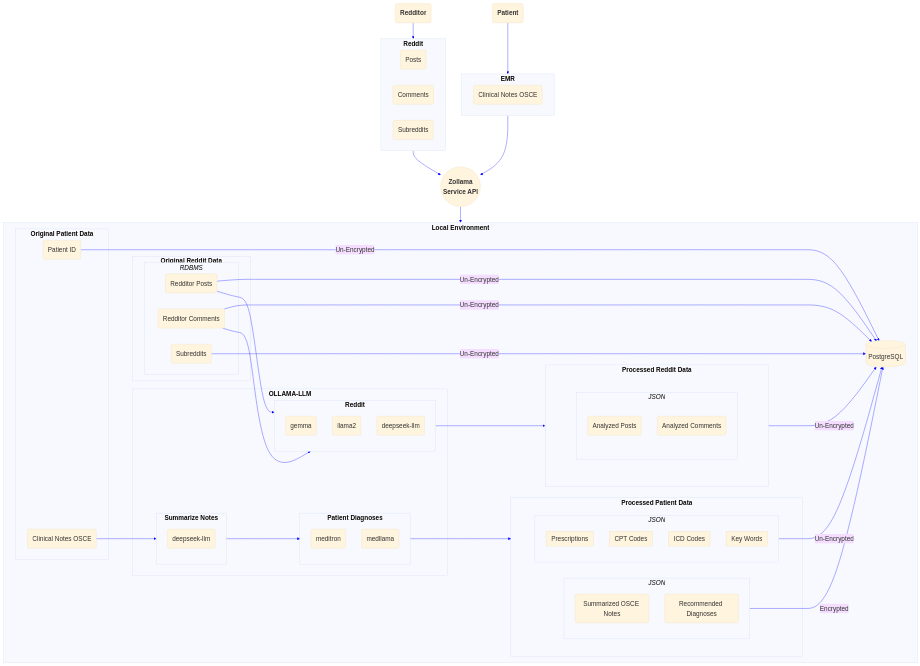
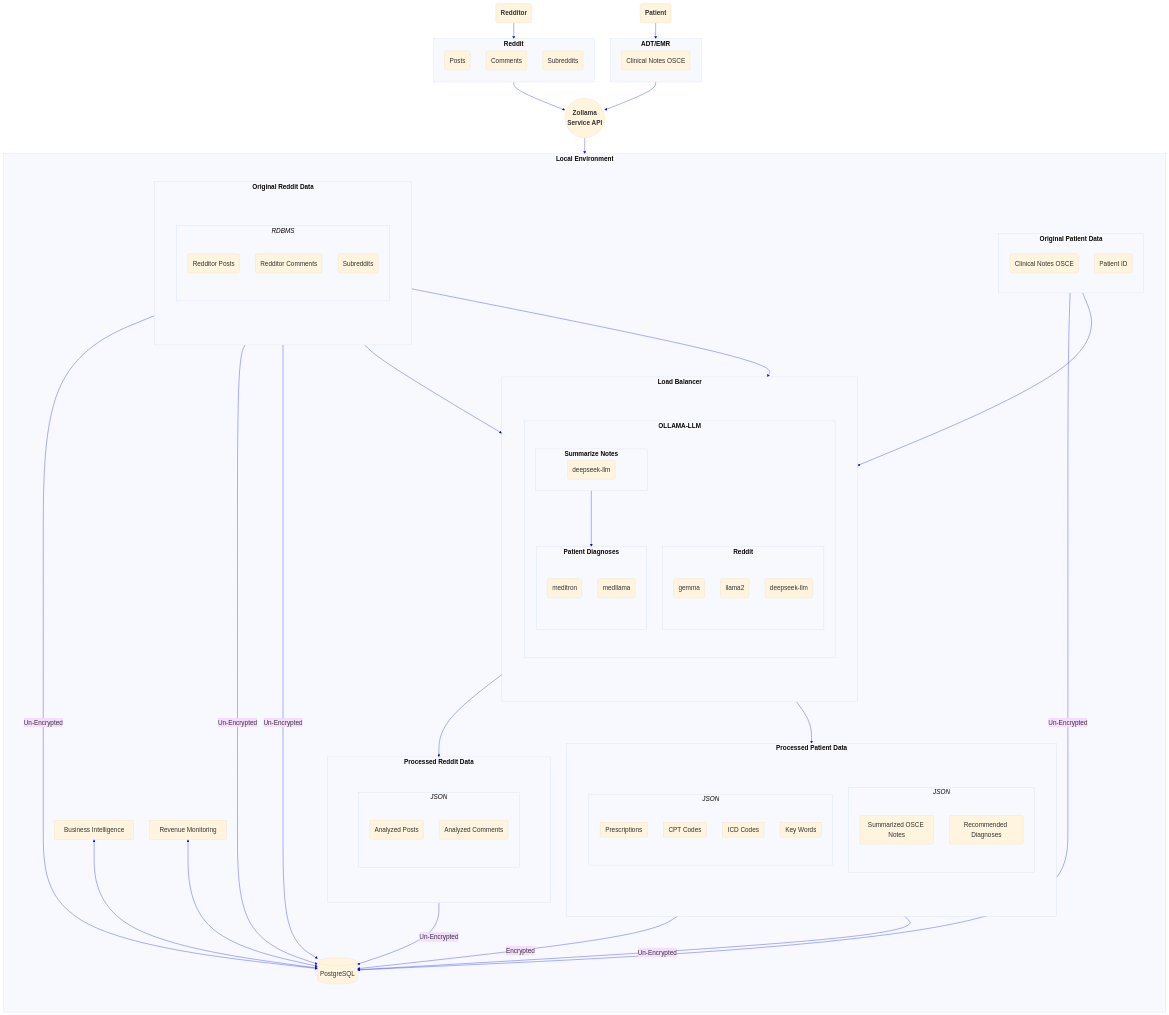
One commit to ovaisq/LLM-MedBillingForecast changed the first of 3 diagrams in README.md. Above: the diagram before and after it, drawn with Mermaid.

Commit message:
Updated README diagram - turning into a platform

````diff
--- a/README.md
+++ b/README.md
@@ -5,5 +5,5 @@
 ```mermaid
-%%{init: {'theme': 'base', 'themeVariables': {'lineColor': 'Blue', 'fontSize':'20px',"fontFamily": "Trebuchet MS, Verdana, Arial, Sans-Serif"}}}%%
+%%{init: {'theme': 'base', "loglevel":1,'themeVariables': {'lineColor': 'Blue', 'fontSize':'20px',"fontFamily": "Trebuchet MS"}}}%%
 flowchart TD
     classDef subgraph_padding fill:none,stroke:none
     Z(("`**Zollama
@@ -16,6 +16,8 @@
     C("`**Patient**`")
     F("`**Redditor**`")
     D[(PostgreSQL)]
+    G["Business Intelligence"]
+    H["Revenue Monitoring"]
     AE(Posts)
     AF(Comments)
     AG(Subreddits)
@@ -26,37 +28,52 @@
     Z --> Local
     F --> Reddit
 
+
 subgraph Local["`**Local Environment**`"]
-
+direction TB
+subgraph subgraph_padding5[ ]
+direction TB
 PatientOllama --> ProcessedPatientData
 RedditOllama --> ProcessedRedditData
 PJSON -- Encrypted --> D
 ProcessedRedditData -- "Un-Encrypted" --> D
-
-RDD --> RedditOllama
-RDE --> RedditOllama
+RDD --> LoadBalancer
+RDE --> LoadBalancer
 RDD --"Un-Encrypted"--> D
 RDE --"Un-Encrypted"--> D
 RDC --"Un-Encrypted"--> D
-OPDA --> Summary
+OPDA --> LoadBalancer
 Summary --> PatientOllama
 OPDB -- "Un-Encrypted" --> D
 PPJSON -- "Un-Encrypted" --> D
+G <--> D
+H <--> D
 
 subgraph OriginalPatientData["`**Original Patient Data**`"]
+direction TB
 OPDA(Clinical Notes OSCE)
 OPDB(Patient ID)
 end
-
 subgraph RedditData["`**Original Reddit Data**`"]
+direction TB
+subgraph subgraph_padding4[ ]
+direction TB
 subgraph RDBMS["`_RDBMS_`"]
+direction TB
     RDD(Redditor Posts)
     RDE(Redditor Comments)
     RDC(Subreddits)
 end
 end
+end
+subgraph LoadBalancer["`**Load Balancer**`"]
+direction TB
+subgraph subgraph_padding3[ ]
+direction TB
 subgraph OLLAMA-LLM["`**OLLAMA-LLM**`"]
+direction TB
 subgraph RedditOllama["`**Reddit**`"]
+direction TB
     A
     AZA
     AZB
@@ -65,45 +82,60 @@
     SA(deepseek-llm)
 end
 subgraph PatientOllama["`**Patient Diagnoses**`"]
+direction TB
     B
     BA
 end
 end
-subgraph ProcessedPatientData["`**Processed Patient Data**`"]
-subgraph subgraph_padding2[ ]
-subgraph PJSON["`_JSON_`"]
-    PDB(Summarized OSCE Notes)
-    PDC(Recommended Diagnoses)
-end
-subgraph PPJSON["`_JSON_`"]
-subgraph DiagnosticKeyWords["Key Words"]
-end
-subgraph ICD["ICD Codes"]
-end
-subgraph CPT["CPT Codes"]
-end
-subgraph PRESCRIPTION["Prescriptions"]
 end
 end
-end
+subgraph ProcessedPatientData["`**Processed Patient Data**`"]
+    direction TB
+    subgraph subgraph_padding2[ ]
+        direction TB
+        subgraph PJSON["`_JSON_`"]
+            direction TB
+            PDB(Summarized OSCE Notes)
+            PDC(Recommended Diagnoses)
+        end
+        subgraph PPJSON["`_JSON_`"]
+            direction TB
+            subgraph DiagnosticKeyWords["Key Words"]
+            end
+            subgraph ICD["ICD Codes"]
+            end
+            subgraph CPT["CPT Codes"]
+            end
+            subgraph PRESCRIPTION["Prescriptions"]
+            end
+        end
+    end
 end
 subgraph ProcessedRedditData["`**Processed Reddit Data**`"]
 subgraph subgraph_padding1[ ]
+    direction TB
 subgraph JSON["`_JSON_`"]
+    direction TB
     RDA(Analyzed Posts)
     RDB(Analyzed Comments)
 end
 end
 end
 end
-subgraph EMR["`**EMR**`"]
+end
+subgraph EMR["`**ADT/EMR**`"]
+direction TB
     CAC
 end
 subgraph Reddit["`**Reddit**`"]
+direction TB
     AE
     AF
     AG
 end
 class subgraph_padding1 subgraph_padding
 class subgraph_padding2 subgraph_padding
+class subgraph_padding3 subgraph_padding
+class subgraph_padding4 subgraph_padding
+class subgraph_padding5 subgraph_padding
 ```
````
